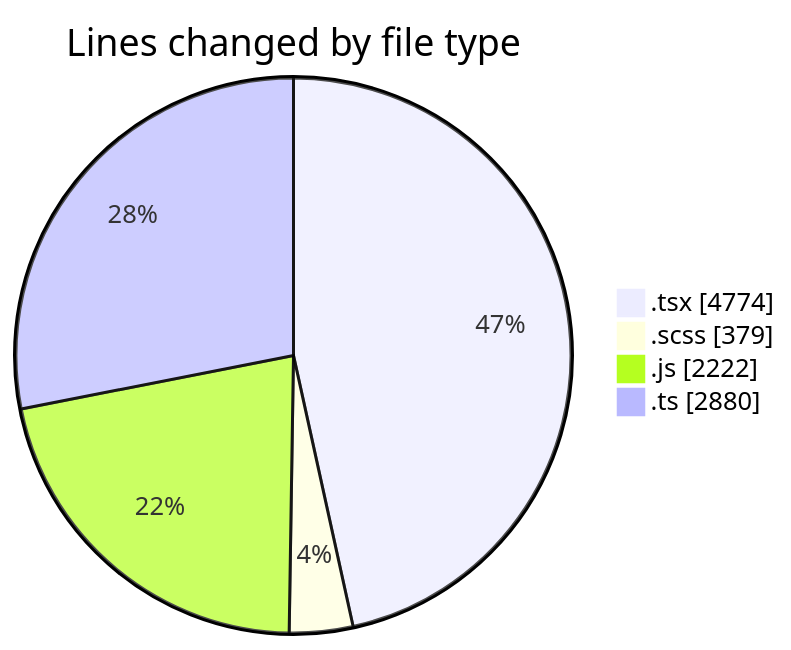
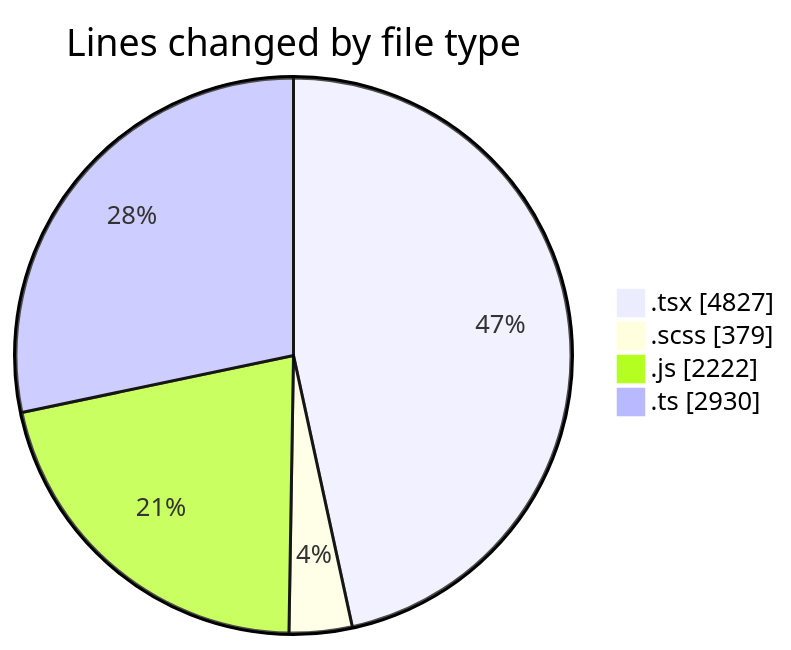
The first of 2 diagrams in 2026-06-17/cda/README.md (momahboobian/code-tracking), drawn with Mermaid before and after one commit. The commit also changed other lines of this file and 1 other file, not shown here.

````diff
--- a/2026-06-17/cda/README.md
+++ b/2026-06-17/cda/README.md
@@ -60,8 +60,8 @@
 ```mermaid
 pie showData
 title Lines changed by file type
-".tsx" : 4774
+".tsx" : 4827
 ".scss" : 379
 ".js" : 2222
-".ts" : 2880
+".ts" : 2930
 ```
````
